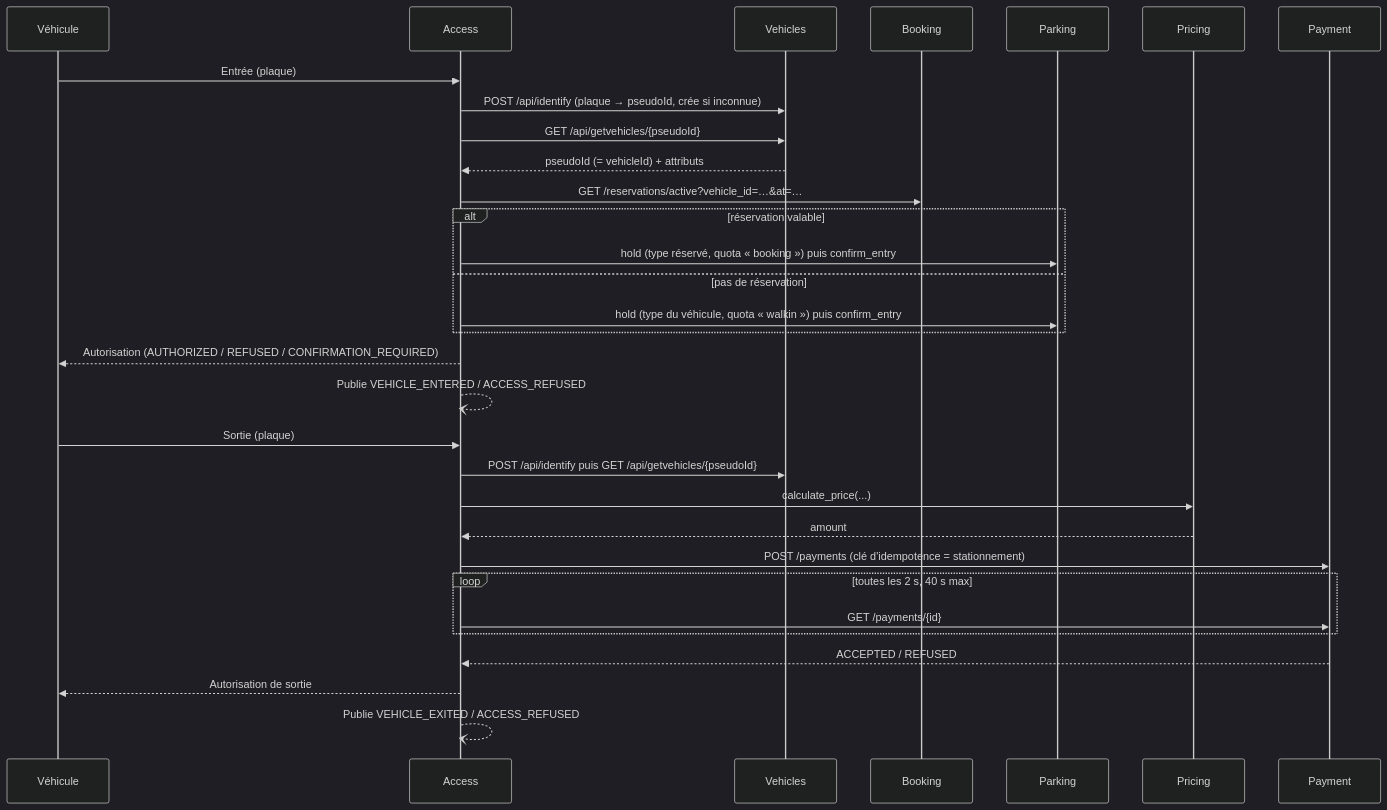
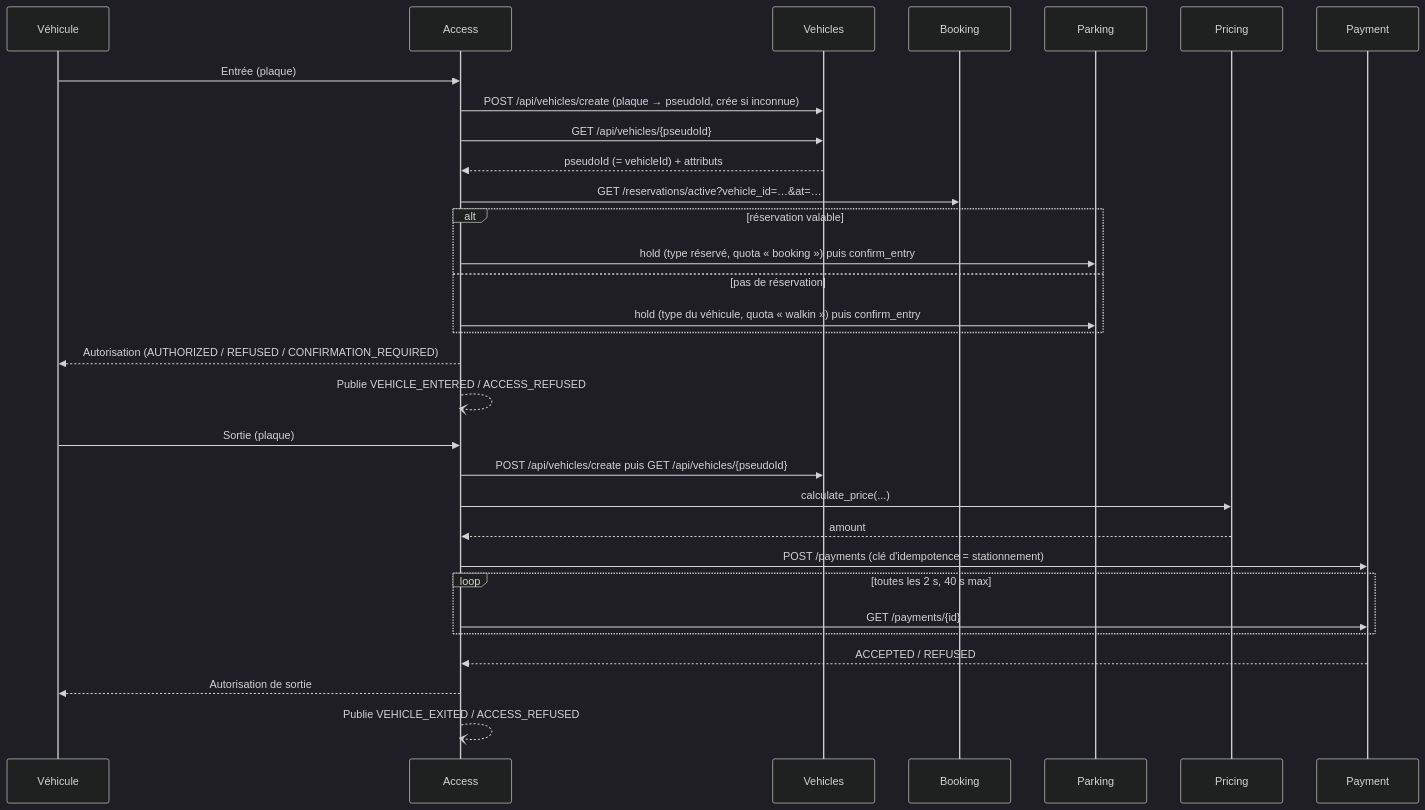
The diagram in README.md (DenisDMU/access-parking), drawn with Mermaid (dark theme) before and after one commit. The commit also changed other lines of this file and 8 other files, not shown here.

Commit message:
fix(vehicles): 4e contrat (vehicles/create, handicaped), la borne crée de nouveau les véhicules (4.8.1)

````diff
--- a/README.md
+++ b/README.md
@@ -128,35 +128,35 @@
 ```mermaid
 sequenceDiagram
     participant V as Véhicule
     participant A as Access
     participant Ve as Vehicles
     participant B as Booking
     participant P as Parking
     participant Pr as Pricing
     participant Pa as Payment
 
     V->>A: Entrée (plaque)
-    A->>Ve: POST /api/identify (plaque → pseudoId, crée si inconnue)
-    A->>Ve: GET /api/getvehicles/{pseudoId}
+    A->>Ve: POST /api/vehicles/create (plaque → pseudoId, crée si inconnue)
+    A->>Ve: GET /api/vehicles/{pseudoId}
     Ve-->>A: pseudoId (= vehicleId) + attributs
     A->>B: GET /reservations/active?vehicle_id=…&at=…
     alt réservation valable
         A->>P: hold (type réservé, quota « booking ») puis confirm_entry
     else pas de réservation
         A->>P: hold (type du véhicule, quota « walkin ») puis confirm_entry
     end
     A-->>V: Autorisation (AUTHORIZED / REFUSED / CONFIRMATION_REQUIRED)
     A--)A: Publie VEHICLE_ENTERED / ACCESS_REFUSED
 
     V->>A: Sortie (plaque)
-    A->>Ve: POST /api/identify puis GET /api/getvehicles/{pseudoId}
+    A->>Ve: POST /api/vehicles/create puis GET /api/vehicles/{pseudoId}
     A->>Pr: calculate_price(...)
     Pr-->>A: amount
     A->>Pa: POST /payments (clé d'idempotence = stationnement)
     loop toutes les 2 s, 40 s max
         A->>Pa: GET /payments/{id}
     end
     Pa-->>A: ACCEPTED / REFUSED
     A-->>V: Autorisation de sortie
     A--)A: Publie VEHICLE_EXITED / ACCESS_REFUSED
 ```
````
